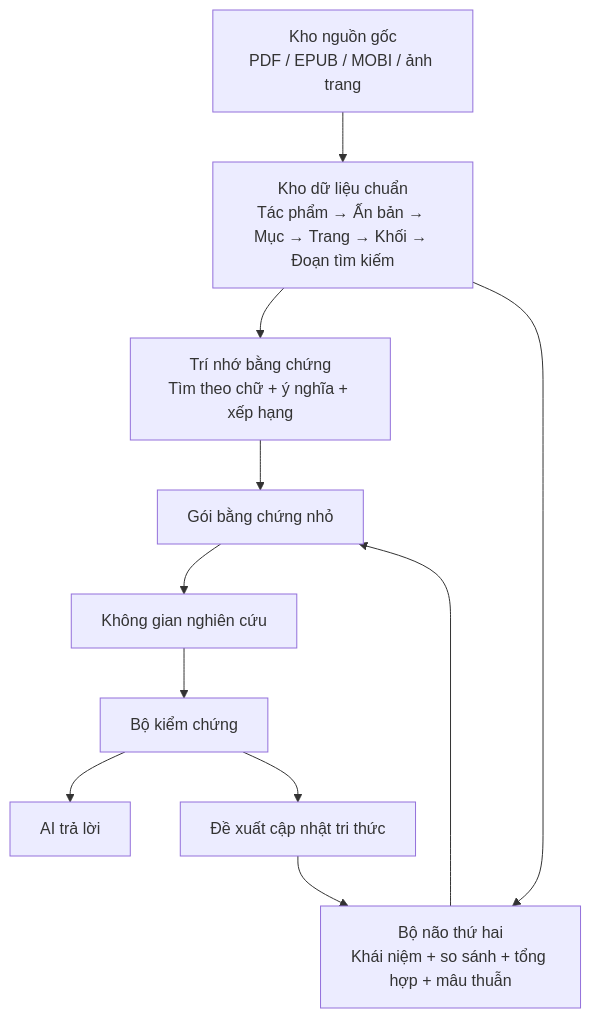
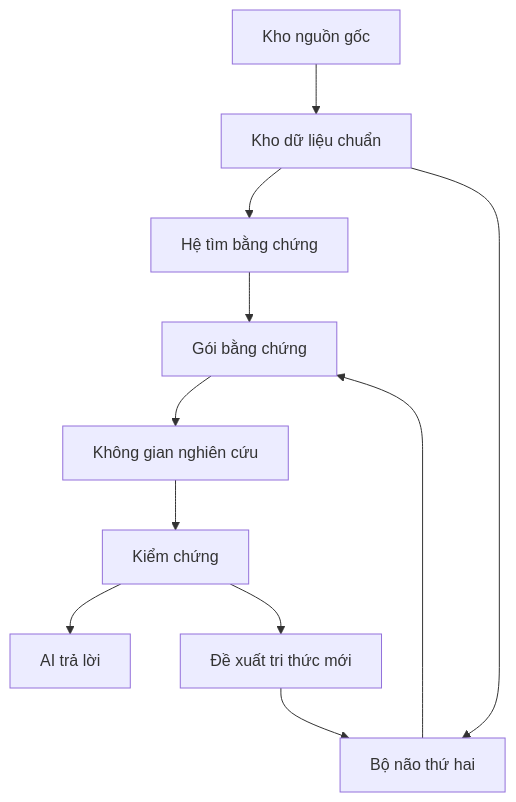
Before and after one commit to quoctran-2608/thu-vien-song-ai: the diagram in README.md, drawn with Mermaid. The commit also changed other lines of this file, not shown here.

Commit message:
Cập nhật README.md theo bộ tài liệu đầy đủ phiên bản 1.0

````diff
--- a/README.md
+++ b/README.md
@@ -23,13 +33,13 @@
 ```mermaid
 flowchart TD
-    A[Kho nguồn gốc\nPDF / EPUB / MOBI / ảnh trang] --> B[Kho dữ liệu chuẩn\nTác phẩm → Ấn bản → Mục → Trang → Khối → Đoạn tìm kiếm]
-    B --> C[Trí nhớ bằng chứng\nTìm theo chữ + ý nghĩa + xếp hạng]
-    B --> D[Bộ não thứ hai\nKhái niệm + so sánh + tổng hợp + mâu thuẫn]
-    C --> E[Gói bằng chứng nhỏ]
+    A[Kho nguồn gốc] --> B[Kho dữ liệu chuẩn]
+    B --> C[Hệ tìm bằng chứng]
+    B --> D[Bộ não thứ hai]
+    C --> E[Gói bằng chứng]
     D --> E
     E --> F[Không gian nghiên cứu]
-    F --> G[Bộ kiểm chứng]
+    F --> G[Kiểm chứng]
     G --> H[AI trả lời]
-    G --> I[Đề xuất cập nhật tri thức]
+    G --> I[Đề xuất tri thức mới]
     I --> D
 ```
````
